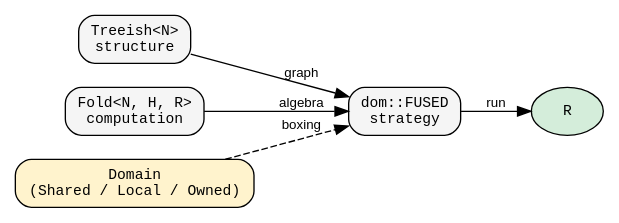
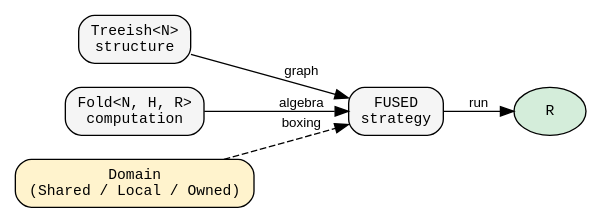
Before and after one commit to hylic-recursion/hylic-docs: the second of 2 diagrams in book/src/concepts/separation.md, drawn with Graphviz. The commit also changed other lines of this file and 15 other files, not shown here.

````diff
--- a/book/src/concepts/separation.md
+++ b/book/src/concepts/separation.md
@@ -129,18 +129,18 @@
 ```dot process
 digraph {
     rankdir=LR;
     node [shape=box, style="rounded,filled", fillcolor="#f5f5f5", fontname="monospace", fontsize=11];
     edge [fontname="sans-serif", fontsize=10];
 
     Treeish [label="Treeish<N>\nstructure"];
     Fold [label="Fold<N, H, R>\ncomputation"];
-    Exec [label="dom::FUSED\nstrategy"];
+    Exec [label="FUSED\nstrategy"];
     Domain [label="Domain\n(Shared / Local / Owned)", fillcolor="#fff3cd"];
     R [label="R", shape=ellipse, style=filled, fillcolor="#d4edda"];
 
     Treeish -> Exec [label="graph"];
     Fold -> Exec [label="algebra"];
     Domain -> Exec [label="boxing", style=dashed];
     Exec -> R [label="run"];
 }
 ```
````
